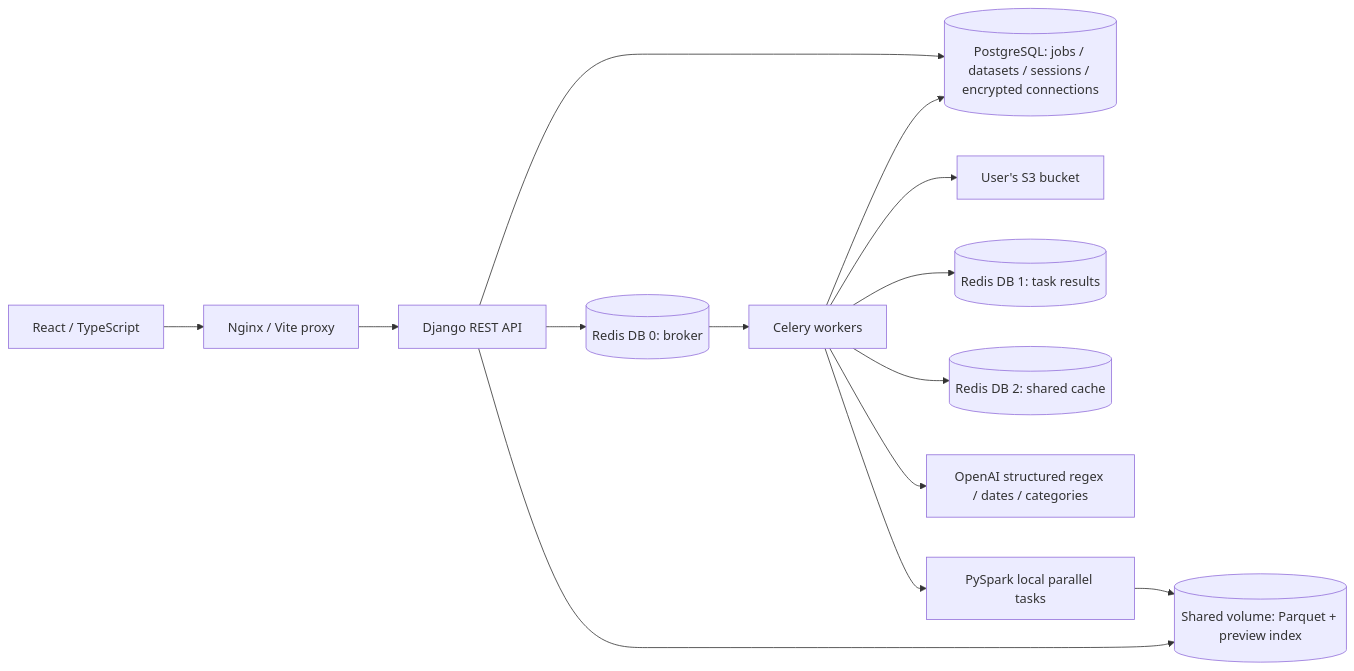
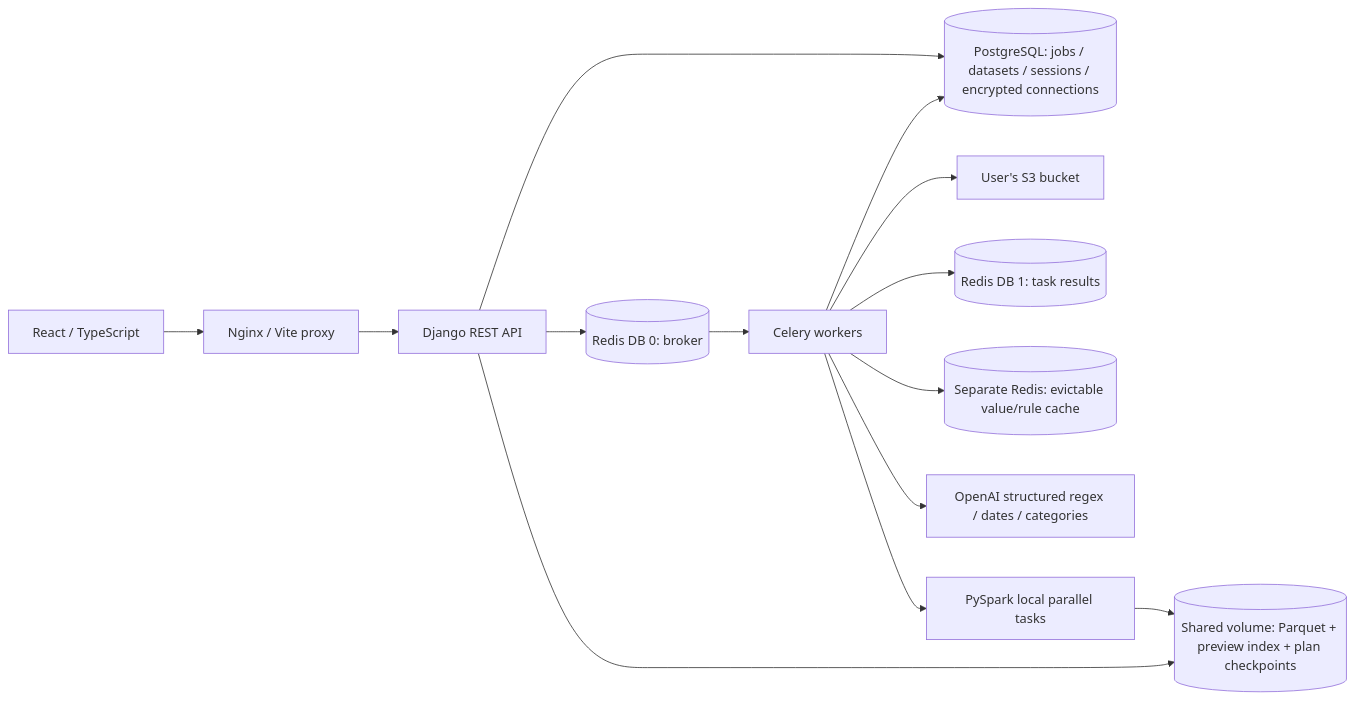
One commit to LYQ1657645/patternworks changed the diagram in README.md. Above: the diagram before and after it, drawn with Mermaid. The commit also changed other lines of this file and 36 other files, not shown here.

Commit message:
Scale value transformations with durable checkpoints and request budgets

````diff
--- a/README.md
+++ b/README.md
@@ -74,16 +75,16 @@
 ```mermaid
 flowchart LR
     UI[React / TypeScript] --> Proxy[Nginx / Vite proxy]
     Proxy --> API[Django REST API]
     API --> DB[(PostgreSQL: jobs / datasets / sessions / encrypted connections)]
     API --> Broker[(Redis DB 0: broker)]
     Broker --> Worker[Celery workers]
     Worker --> DB
     Worker --> AWS[User's S3 bucket]
     Worker --> Results[(Redis DB 1: task results)]
-    Worker --> Cache[(Redis DB 2: shared cache)]
+    Worker --> Cache[(Separate Redis: evictable value/rule cache)]
     Worker --> LLM[OpenAI structured regex / dates / categories]
     Worker --> Spark[PySpark local parallel tasks]
-    Spark --> Artifacts[(Shared volume: Parquet + preview index)]
+    Spark --> Artifacts[(Shared volume: Parquet + preview index + plan checkpoints)]
     API --> Artifacts
 ```
````
